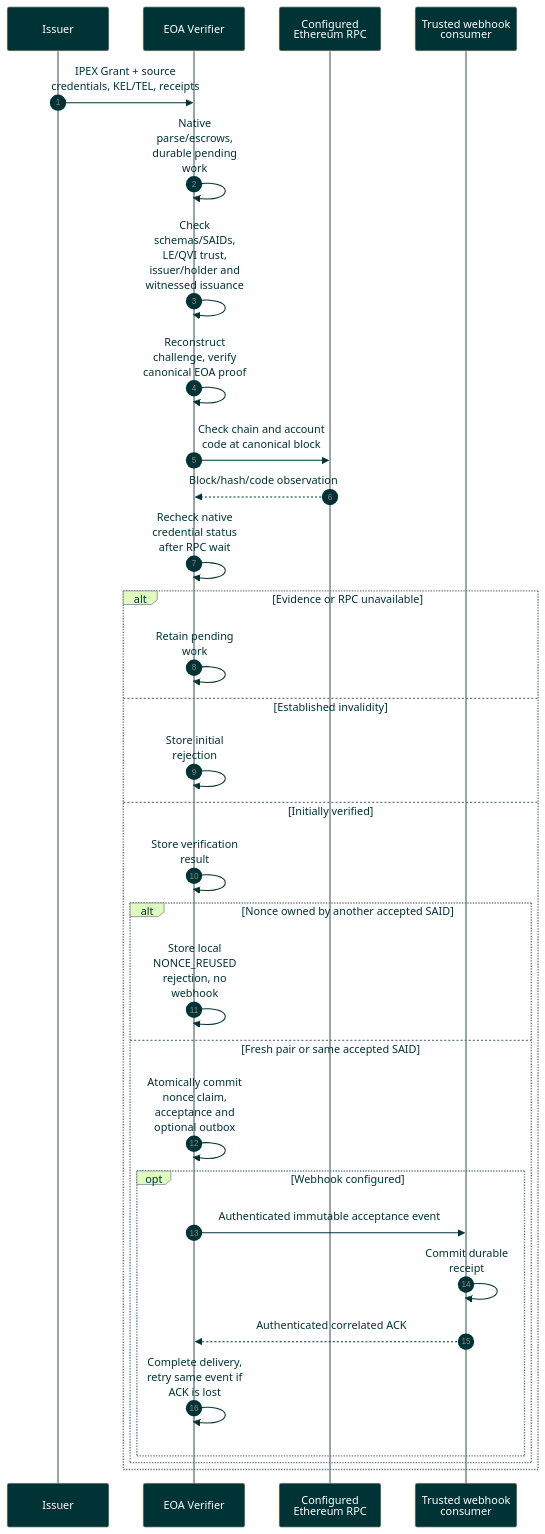
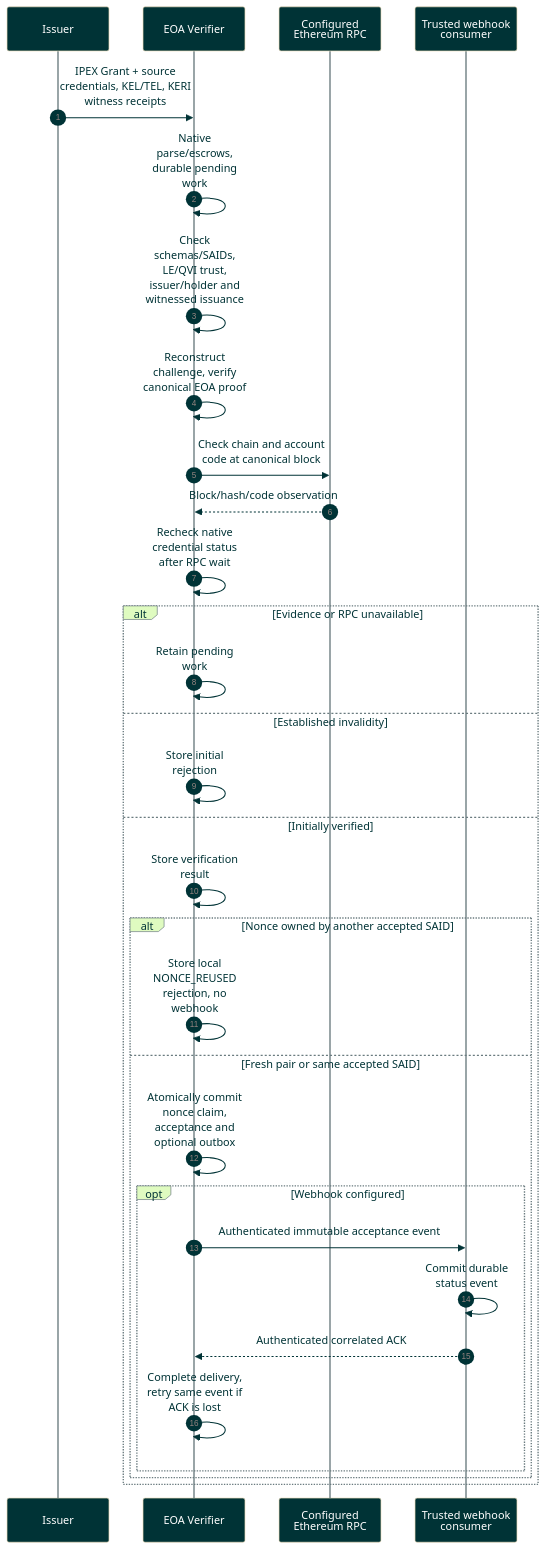
Before and after one commit to GLEIF-IT/eoa-verifier: the diagram in docs/diagrams/sequence/association-verification-sequence.md, drawn with Mermaid. The commit also changed 19 other files, not shown here.

````diff
--- a/docs/diagrams/sequence/association-verification-sequence.md
+++ b/docs/diagrams/sequence/association-verification-sequence.md
@@ -10,34 +10,34 @@
 ```mermaid
 %%{init: {"theme":"base","themeVariables":{"actorBkg":"#003336","actorTextColor":"#FFFFFF","signalColor":"#003336","signalTextColor":"#003336","noteBkgColor":"#E5DCE6","noteTextColor":"#003336","loopTextColor":"#003336","labelTextColor":"#003336","labelBoxBkgColor":"#DFFBC0","labelBoxBorderColor":"#6A7B7F","actorLineColor":"#6A7B7F","lineColor":"#6A7B7F"},"sequence":{"mirrorActors":true,"wrap":true}}}%%
 sequenceDiagram
     autonumber
     participant I as Issuer
     participant V as EOA Verifier
     participant R as Configured Ethereum RPC
     participant C as Trusted webhook consumer
-    I->>V: IPEX Grant + source credentials, KEL/TEL, receipts
+    I->>V: IPEX Grant + source credentials, KEL/TEL, KERI witness receipts
     V->>V: Native parse/escrows, durable pending work
     V->>V: Check schemas/SAIDs, LE/QVI trust, issuer/holder and witnessed issuance
     V->>V: Reconstruct challenge, verify canonical EOA proof
     V->>R: Check chain and account code at canonical block
     R-->>V: Block/hash/code observation
     V->>V: Recheck native credential status after RPC wait
     alt Evidence or RPC unavailable
         V->>V: Retain pending work
     else Established invalidity
         V->>V: Store initial rejection
     else Initially verified
         V->>V: Store verification result
         alt Nonce owned by another accepted SAID
             V->>V: Store local NONCE_REUSED rejection, no webhook
         else Fresh pair or same accepted SAID
             V->>V: Atomically commit nonce claim, acceptance and optional outbox
             opt Webhook configured
                 V->>C: Authenticated immutable acceptance event
-                C->>C: Commit durable receipt
+                C->>C: Commit durable status event
                 C-->>V: Authenticated correlated ACK
                 V->>V: Complete delivery, retry same event if ACK is lost
             end
         end
     end
 ```
````
